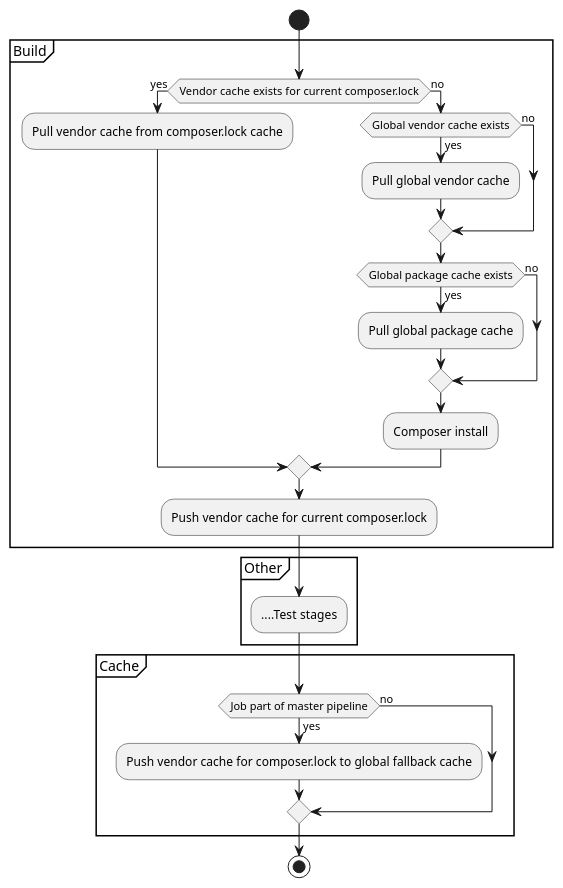
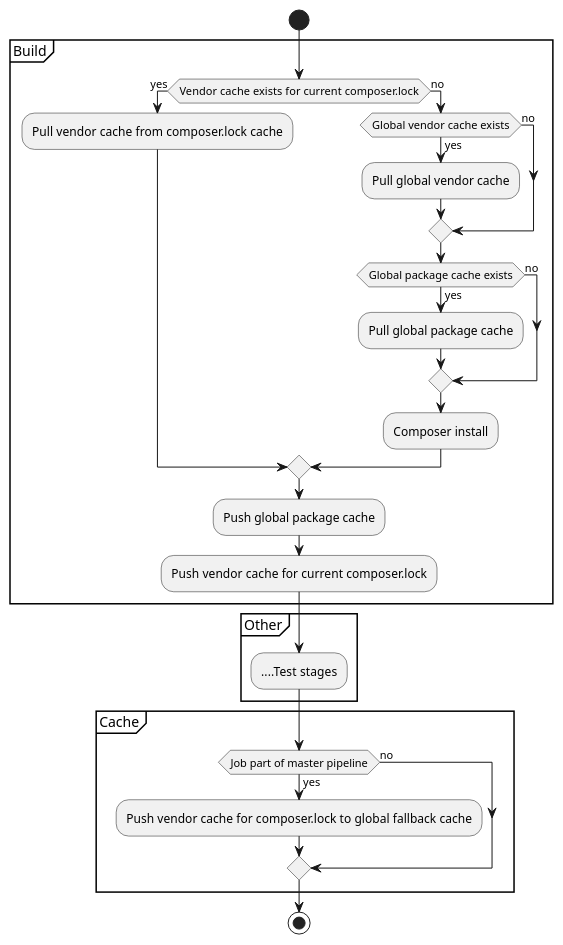
One commit to PrinsFrank/PrinsFrank.nl changed the diagram in graphs/gitlab-composer-cache.puml. Above: the diagram before and after it, drawn with PlantUML.

Commit message:
Add global package cache push

```diff
--- a/graphs/gitlab-composer-cache.puml
+++ b/graphs/gitlab-composer-cache.puml
@@ -1,31 +1,32 @@
 @startuml
 
 start
     partition "Build" {
         if (Vendor cache exists for current composer.lock) then (yes)
             :Pull vendor cache from composer.lock cache;
         else (no)
             if (Global vendor cache exists) then (yes)
                 :Pull global vendor cache;
             else (no)
             endif
             if (Global package cache exists) then (yes)
                 :Pull global package cache;
             else (no)
             endif
             :Composer install;
         endif
+        :Push global package cache;
         :Push vendor cache for current composer.lock;
     }
     partition "Other" {
         :....Test stages;
     }
     partition "Cache" {
         if (Job part of master pipeline) then (yes)
             :Push vendor cache for composer.lock to global fallback cache;
         else (no)
         endif
     }
 stop
 
 @enduml
```
